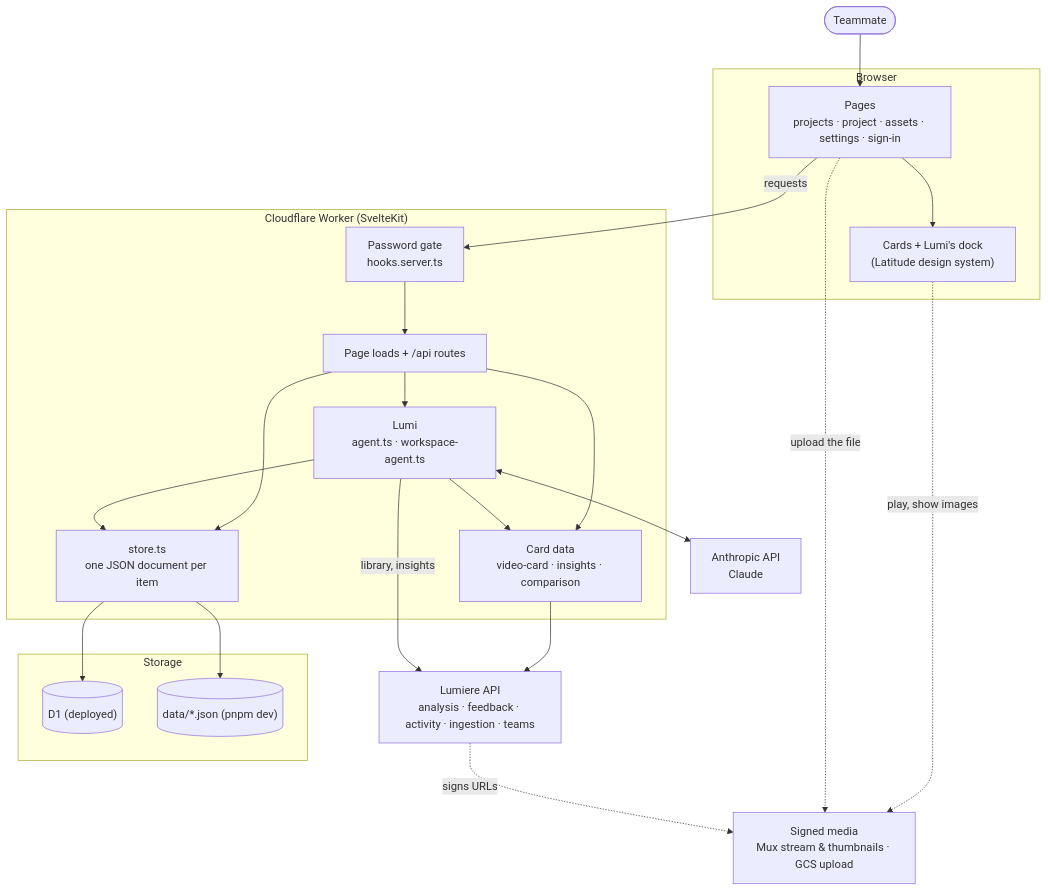
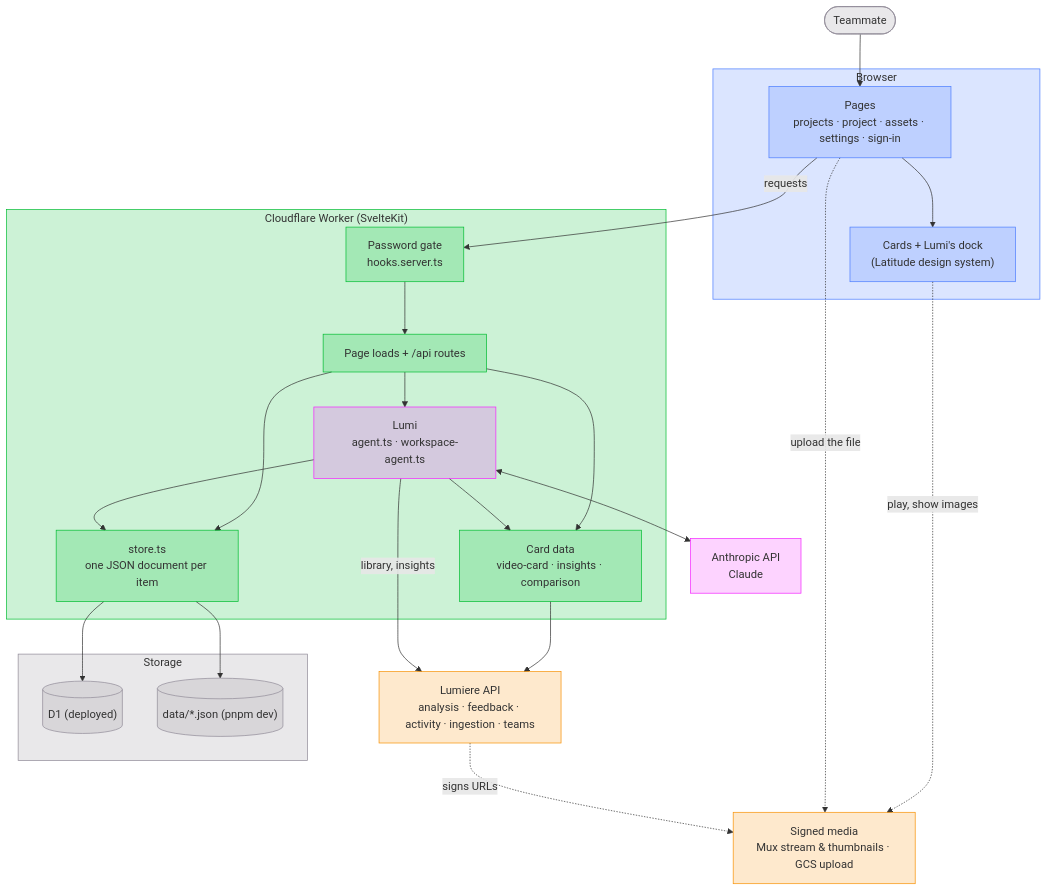
Before and after one commit to iamvaskiv/iris: the first of 6 diagrams in docs/architecture.md, drawn with Mermaid. The commit also changed other lines of this file and 2 other files, not shown here.

First line of the commit message:
Diagrams: classic Mermaid look, colour-coded by role

````diff
--- a/docs/architecture.md
+++ b/docs/architecture.md
@@ -7,38 +7,55 @@
 ```mermaid
+---
+config:
+  look: classic
+---
 flowchart TB
     user(["Teammate"])
 
     subgraph browser["Browser"]
         pages["Pages<br/>projects · project · assets · settings · sign-in"]
         cards["Cards + Lumi's dock<br/>(Latitude design system)"]
     end
 
     subgraph worker["Cloudflare Worker (SvelteKit)"]
         gate["Password gate<br/>hooks.server.ts"]
         routes["Page loads + /api routes"]
         lumi["Lumi<br/>agent.ts · workspace-agent.ts"]
         services["Card data<br/>video-card · insights · comparison"]
         store["store.ts<br/>one JSON document per item"]
     end
 
     subgraph data["Storage"]
         d1[("D1 (deployed)")]
         files[("data/*.json (pnpm dev)")]
     end
 
     claude["Anthropic API<br/>Claude"]
     lumiere["Lumiere API<br/>analysis · feedback · activity · ingestion · teams"]
     media["Signed media<br/>Mux stream & thumbnails · GCS upload"]
 
     user --> pages --> cards
     pages -- "requests" --> gate --> routes
     routes --> lumi & services & store
     lumi <--> claude
     lumi --> services & store
     services --> lumiere
     lumi -- "library, insights" --> lumiere
     store --> d1 & files
     cards -. "play, show images" .-> media
     pages -. "upload the file" .-> media
     lumiere -. "signs URLs" .-> media
+
+    classDef person stroke:#918b98,fill:#918b9833
+    classDef ui stroke:#4c7dff,fill:#4c7dff33
+    classDef server stroke:#00bd32,fill:#00bd3233
+    classDef ai stroke:#f424ff,fill:#f424ff33
+    classDef external stroke:#f79205,fill:#f7920533
+    classDef storage stroke:#918b98,fill:#918b9833
+    class user person
+    class browser,pages,cards ui
+    class worker,gate,routes,services,store server
+    class lumi,claude ai
+    class lumiere,media external
+    class data,d1,files storage
 ```
````
